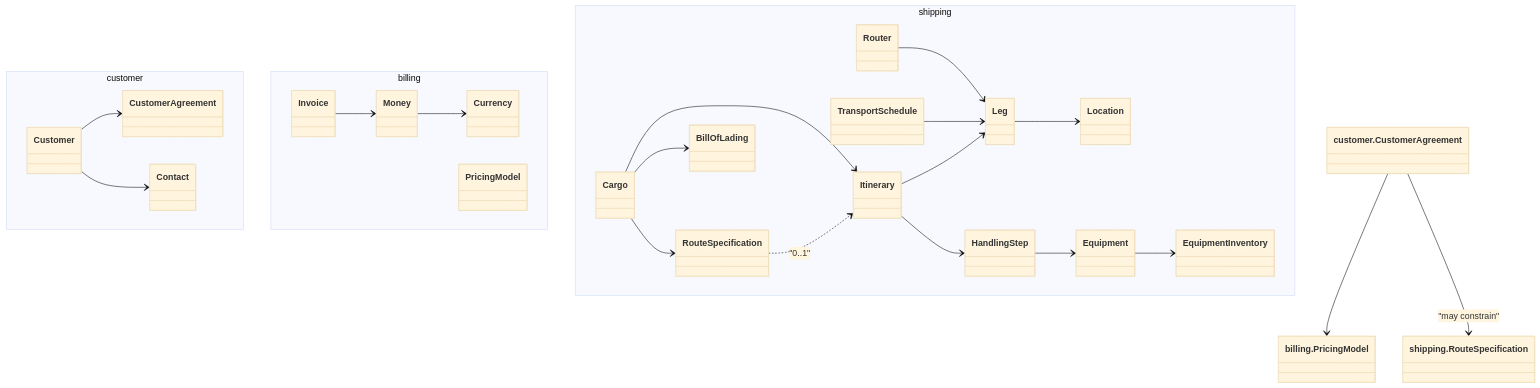
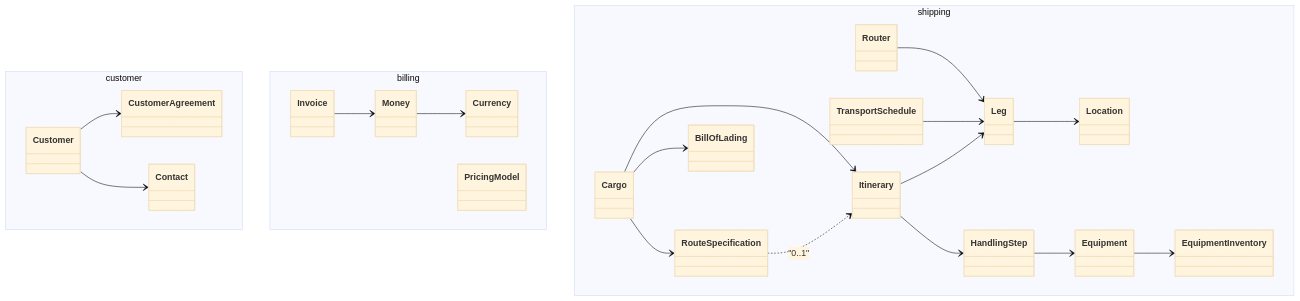
One commit to peterramaldes/cs changed the diagram in docs/architecture/05-modules.md. Above: the diagram before and after it, drawn with Mermaid (base theme).

Commit message:
docs: remove cross-module relationships from modules diagram

````diff
--- a/docs/architecture/05-modules.md
+++ b/docs/architecture/05-modules.md
@@ -3,45 +3,43 @@
 ```mermaid
 classDiagram
     namespace customer {
         class Customer
         class Contact
         class CustomerAgreement
     }
     namespace billing {
         class Invoice
         class Money
         class Currency
         class PricingModel
     }
     namespace shipping {
         class Cargo
         class RouteSpecification
         class Itinerary
         class Leg
         class Location
         class TransportSchedule
         class Router
         class HandlingStep
         class Equipment
         class EquipmentInventory
         class BillOfLading
     }
 
     Customer --> CustomerAgreement
     Customer --> Contact
     Invoice --> Money
     Money --> Currency
     Cargo --> RouteSpecification
     RouteSpecification ..> Itinerary : "0..1"
     Itinerary --> Leg
     Leg --> Location
     TransportSchedule --> Leg
     Router --> Leg
     Itinerary --> HandlingStep
     HandlingStep --> Equipment
     Equipment --> EquipmentInventory
     Cargo --> Itinerary
     Cargo --> BillOfLading
-    customer.CustomerAgreement --> billing.PricingModel
-    customer.CustomerAgreement --> shipping.RouteSpecification : "may constrain"
 ```
````
